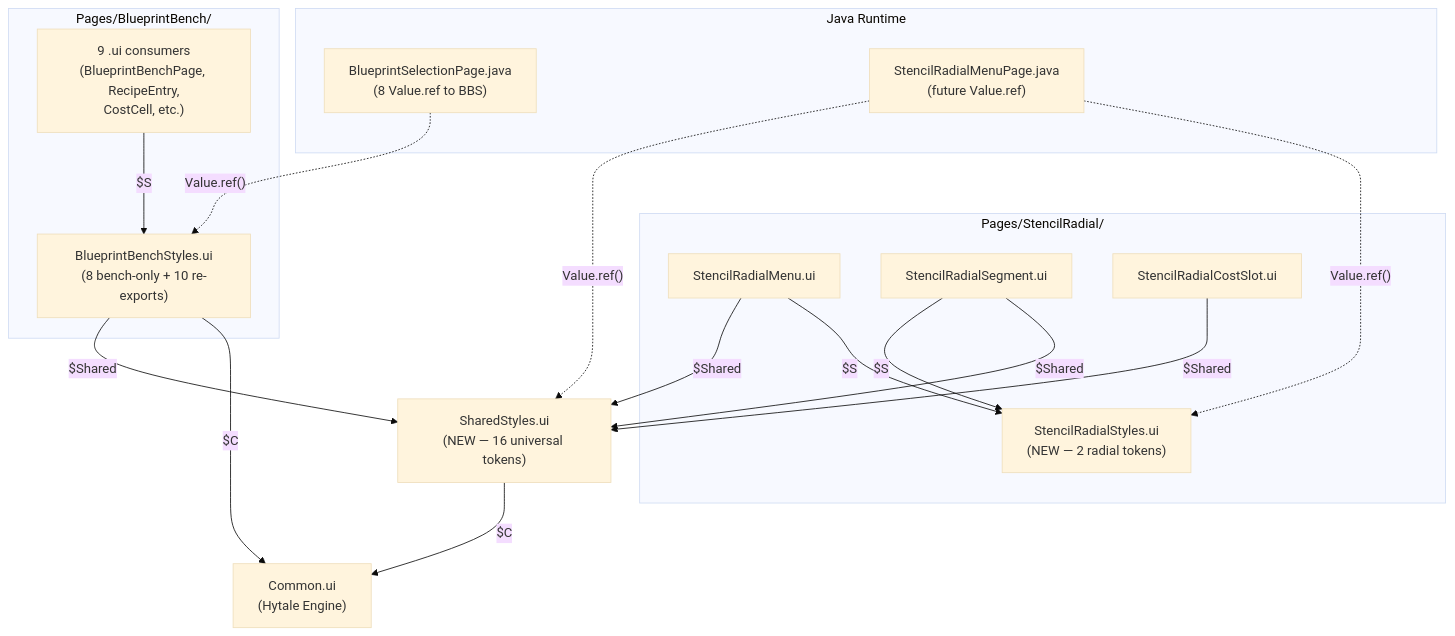
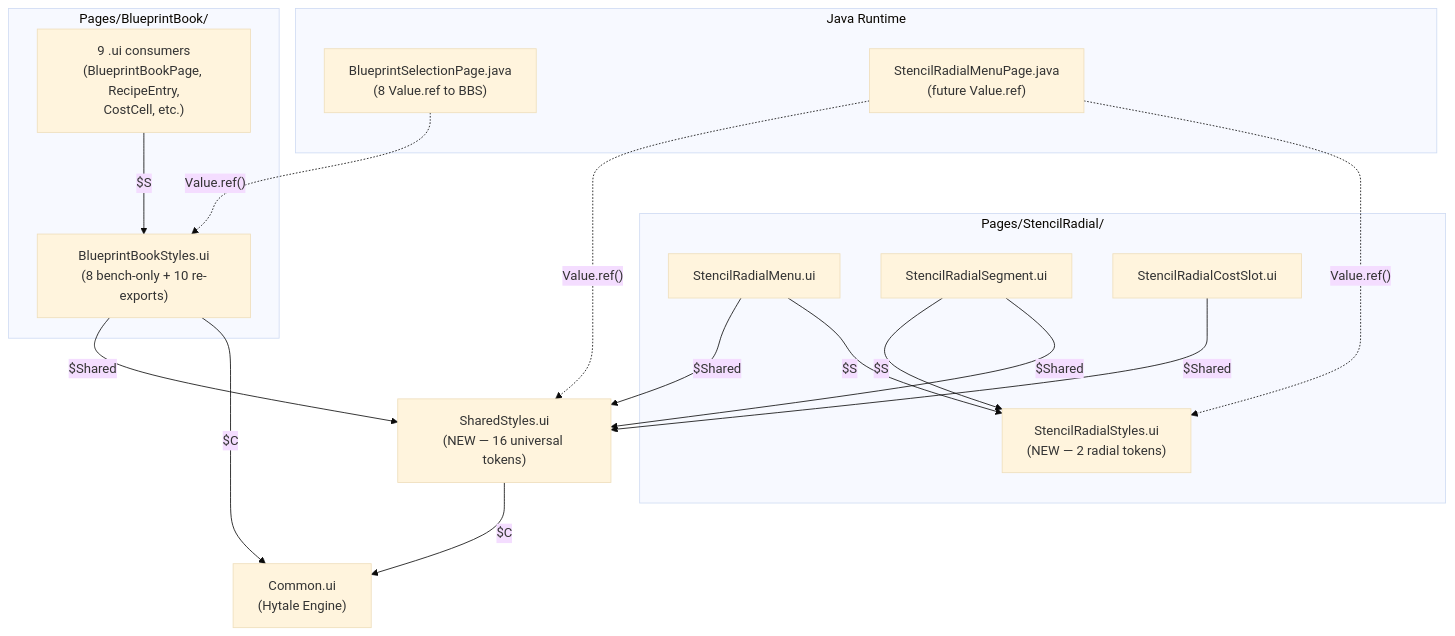
One commit to TheCodeCreature/Hytale-Example-Plugin changed the first of 3 diagrams in docs/design-shared-style-architecture.md. Above: the diagram before and after it, drawn with Mermaid (base theme). The commit also changed other lines of this file and 120 other files, not shown here.

First line of the commit message:
Refactor Blueprint Bench to Blueprint Book

````diff
--- a/docs/design-shared-style-architecture.md
+++ b/docs/design-shared-style-architecture.md
@@ -17,35 +17,35 @@
 ```mermaid
 graph TB
     CommonUI["Common.ui\n(Hytale Engine)"]
     SharedStyles["SharedStyles.ui\n(NEW — 16 universal tokens)"]
 
-    subgraph BlueprintBench["Pages/BlueprintBench/"]
-        BBS["BlueprintBenchStyles.ui\n(8 bench-only + 10 re-exports)"]
-        BBConsumers["9 .ui consumers\n(BlueprintBenchPage, RecipeEntry,\nCostCell, etc.)"]
+    subgraph BlueprintBook["Pages/BlueprintBook/"]
+        BBS["BlueprintBookStyles.ui\n(8 bench-only + 10 re-exports)"]
+        BBConsumers["9 .ui consumers\n(BlueprintBookPage, RecipeEntry,\nCostCell, etc.)"]
     end
 
     subgraph StencilRadial["Pages/StencilRadial/"]
         SRS["StencilRadialStyles.ui\n(NEW — 2 radial tokens)"]
         SRM["StencilRadialMenu.ui"]
         SRSeg["StencilRadialSegment.ui"]
         SRCS["StencilRadialCostSlot.ui"]
     end
 
     subgraph Java["Java Runtime"]
         BSP["BlueprintSelectionPage.java\n(8 Value.ref to BBS)"]
         SRMP["StencilRadialMenuPage.java\n(future Value.ref)"]
     end
 
     SharedStyles -->|"$C"| CommonUI
     BBS -->|"$Shared"| SharedStyles
     BBS -->|"$C"| CommonUI
     BBConsumers -->|"$S"| BBS
     SRM -->|"$Shared"| SharedStyles
     SRM -->|"$S"| SRS
     SRSeg -->|"$S"| SRS
     SRSeg -->|"$Shared"| SharedStyles
     SRCS -->|"$Shared"| SharedStyles
     BSP -.->|"Value.ref()"| BBS
     SRMP -.->|"Value.ref()"| SharedStyles
     SRMP -.->|"Value.ref()"| SRS
 ```
````
